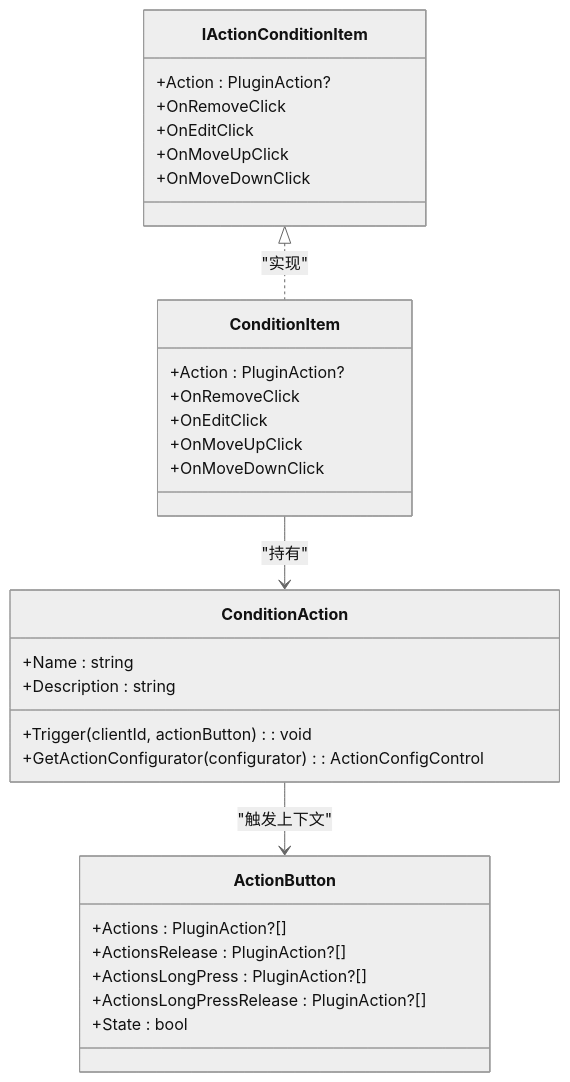
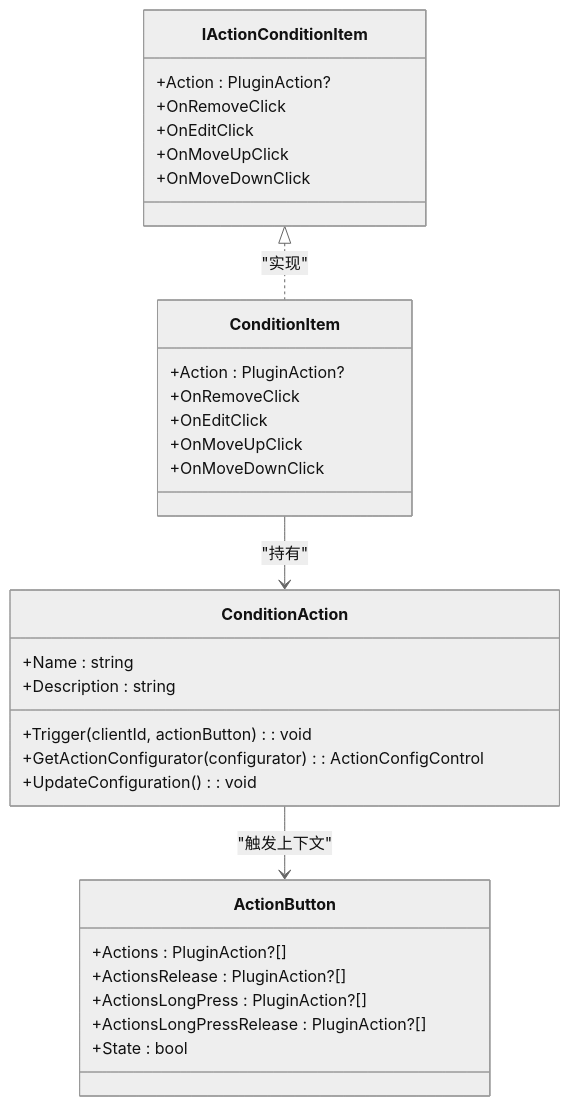
Before and after one commit to tea4go/Macro-Deck: the second of 4 diagrams in .qoder/repowiki/zh/content/API 参考/动作条件接口.md, drawn with Mermaid (neutral theme). The commit also changed other lines of this file and 28 other files, not shown here.

````diff
--- a/.qoder/repowiki/zh/content/API 参考/动作条件接口.md
+++ b/.qoder/repowiki/zh/content/API 参考/动作条件接口.md
@@ -120,33 +122,34 @@
 ```mermaid
 classDiagram
 class IActionConditionItem {
 +Action : PluginAction?
 +OnRemoveClick
 +OnEditClick
 +OnMoveUpClick
 +OnMoveDownClick
 }
 class ConditionItem {
 +Action : PluginAction?
 +OnRemoveClick
 +OnEditClick
 +OnMoveUpClick
 +OnMoveDownClick
 }
 class ConditionAction {
 +Name : string
 +Description : string
 +Trigger(clientId, actionButton) : void
 +GetActionConfigurator(configurator) : ActionConfigControl
++UpdateConfiguration() : void
 }
 class ActionButton {
 +Actions : PluginAction?[]
 +ActionsRelease : PluginAction?[]
 +ActionsLongPress : PluginAction?[]
 +ActionsLongPressRelease : PluginAction?[]
 +State : bool
 }
 IActionConditionItem <|.. ConditionItem : "实现"
 ConditionItem --> ConditionAction : "持有"
 ConditionAction --> ActionButton : "触发上下文"
 ```
````
